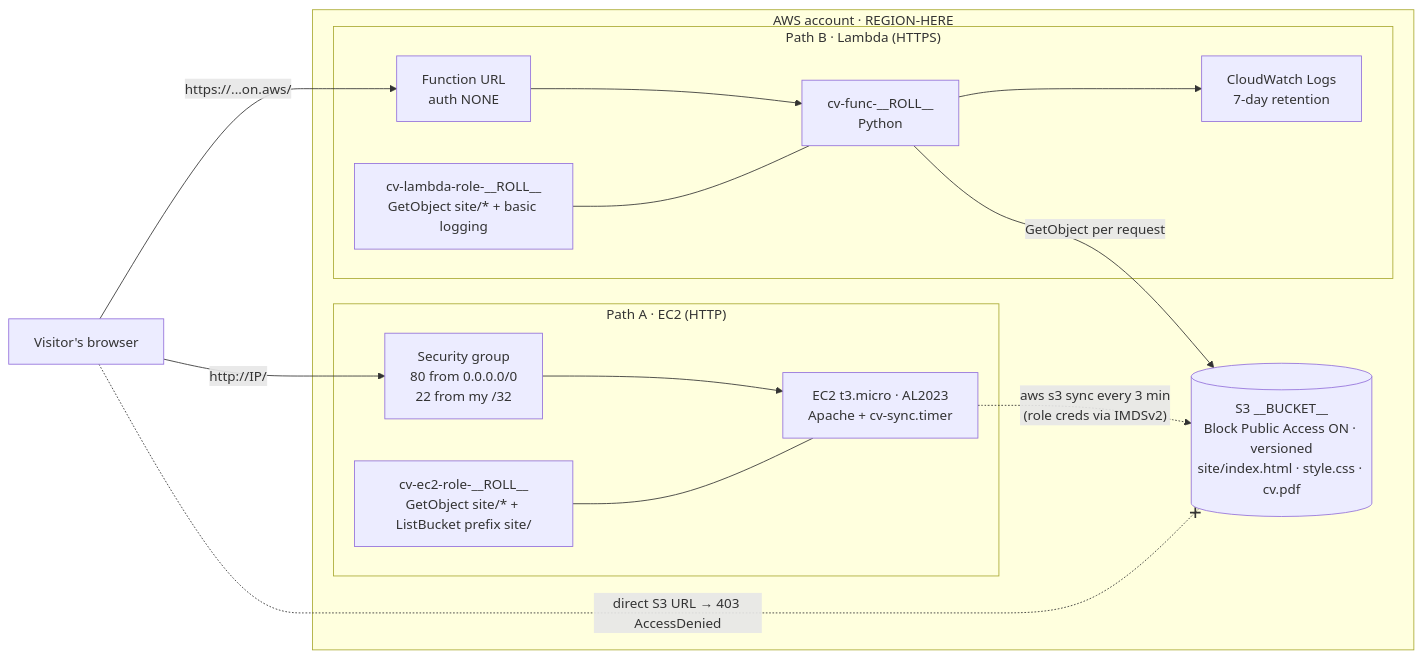
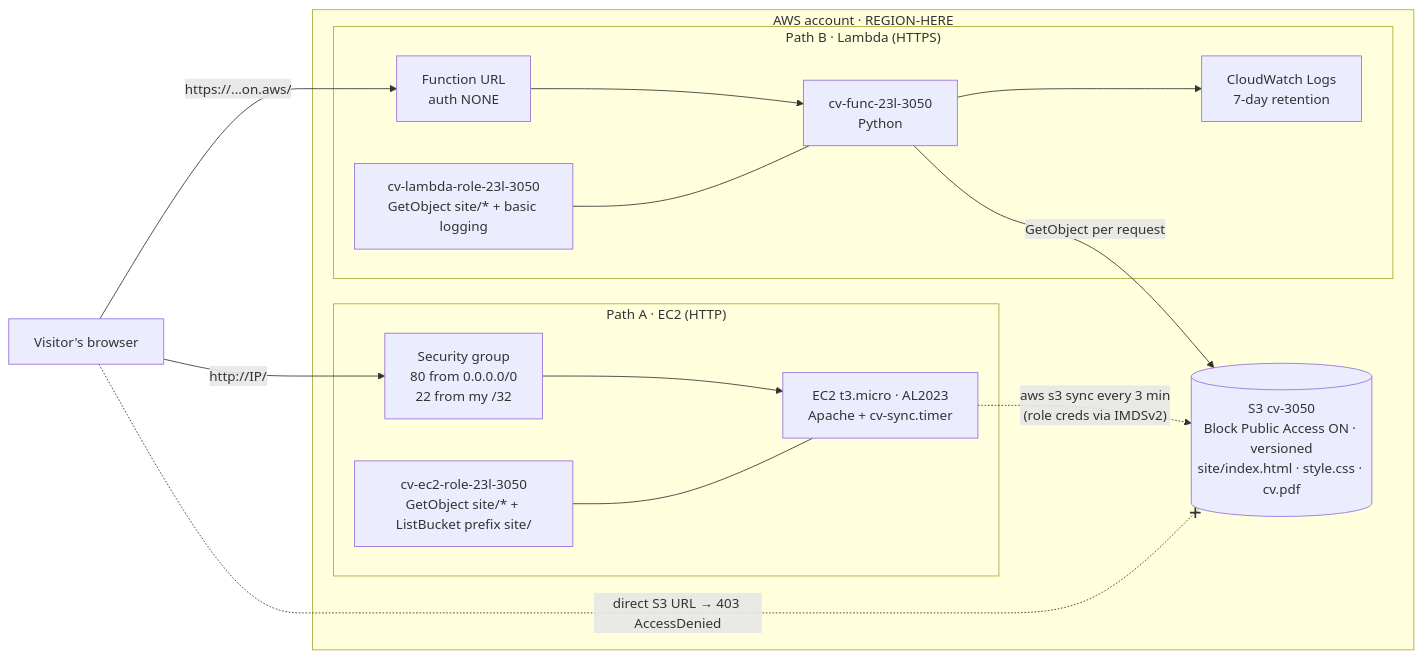
One commit to AbubakarMajid/aws-cv-lab changed the diagram in README.md. Above: the diagram before and after it, drawn with Mermaid. The commit also changed other lines of this file and 7 other files, not shown here.

````diff
--- a/README.md
+++ b/README.md
@@ -13,26 +13,26 @@
 ```mermaid
 flowchart LR
     V[Visitor's browser]
     subgraph AWS["AWS account · REGION-HERE"]
         subgraph A["Path A · EC2 (HTTP)"]
             SG[Security group<br/>80 from 0.0.0.0/0<br/>22 from my /32]
             EC2[EC2 t3.micro · AL2023<br/>Apache + cv-sync.timer]
-            R1[cv-ec2-role-__ROLL__<br/>GetObject site/* + ListBucket prefix site/]
+            R1[cv-ec2-role-23l-3050<br/>GetObject site/* + ListBucket prefix site/]
         end
         subgraph B["Path B · Lambda (HTTPS)"]
             URL[Function URL<br/>auth NONE]
-            FN[cv-func-__ROLL__<br/>Python]
-            R2[cv-lambda-role-__ROLL__<br/>GetObject site/* + basic logging]
+            FN[cv-func-23l-3050<br/>Python]
+            R2[cv-lambda-role-23l-3050<br/>GetObject site/* + basic logging]
             CW[CloudWatch Logs<br/>7-day retention]
         end
-        S3[(S3 __BUCKET__<br/>Block Public Access ON · versioned<br/>site/index.html · style.css · cv.pdf)]
+        S3[(S3 cv-3050<br/>Block Public Access ON · versioned<br/>site/index.html · style.css · cv.pdf)]
     end
     V -- "http://IP/" --> SG --> EC2
     EC2 -. "aws s3 sync every 3 min<br/>(role creds via IMDSv2)" .-> S3
     R1 --- EC2
     V -- "https://...on.aws/" --> URL --> FN
     FN -- "GetObject per request" --> S3
     R2 --- FN
     FN --> CW
     V -. "direct S3 URL → 403 AccessDenied" .-x S3
 ```
````
